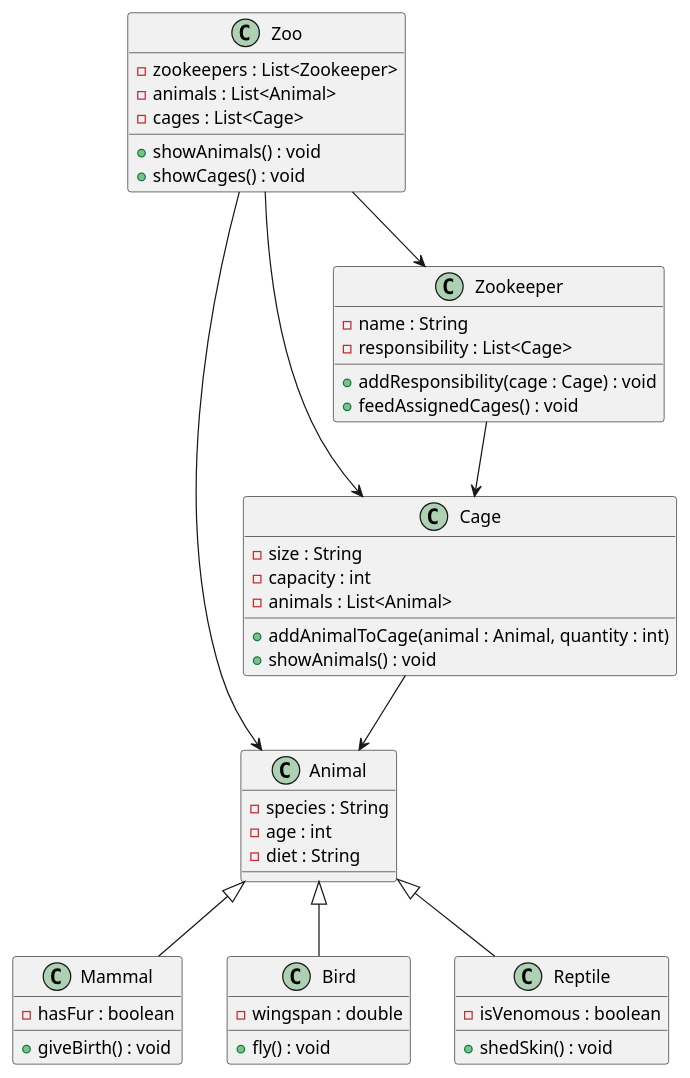
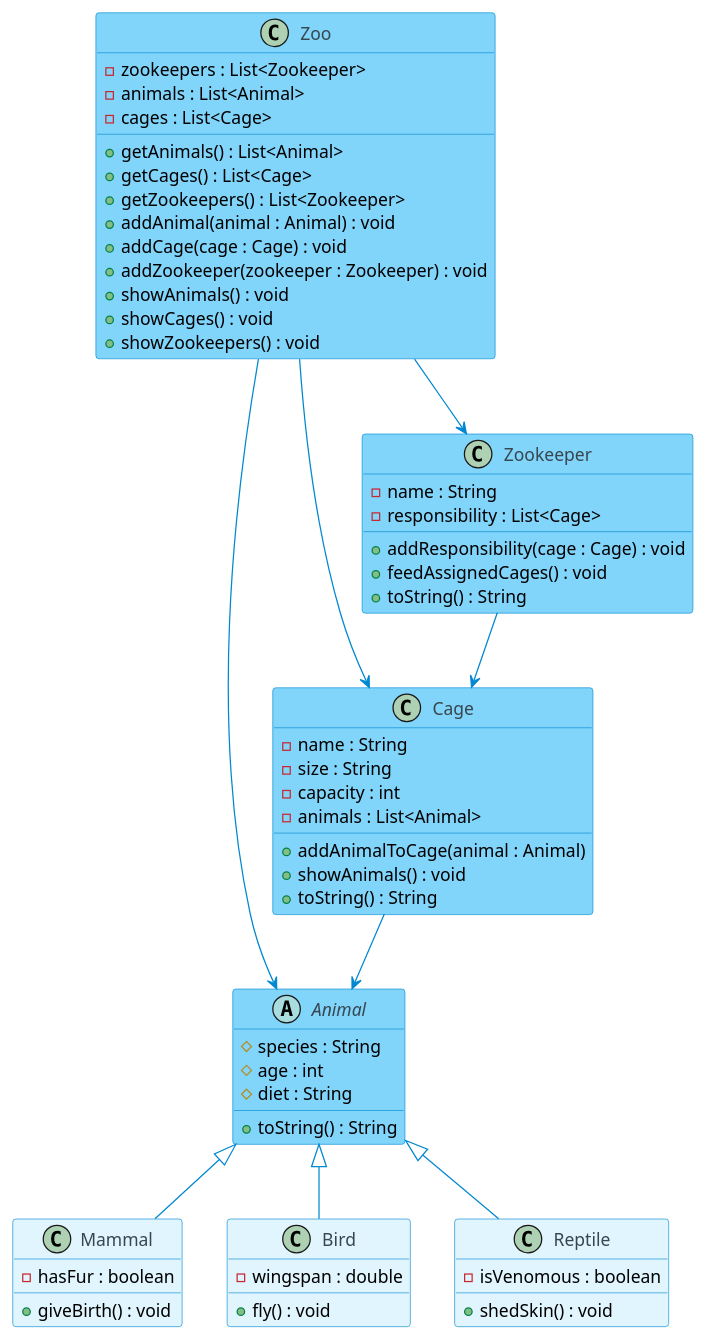
One commit to sarakluge/ZooSystem changed the diagram in class_diagram.puml. Above: the diagram before and after it, drawn with PlantUML.

Commit message:
style class_diagram

```diff
--- a/class_diagram.puml
+++ b/class_diagram.puml
@@ -1,57 +1,74 @@
 @startuml
 
-class Zoo {
+skinparam classBorderColor #0288D1
+skinparam classFontColor #37474F
+skinparam ArrowColor #0288D1
+
+
+class Zoo #81D4FA  {
     -zookeepers : List<Zookeeper>
     -animals : List<Animal>
     -cages : List<Cage>
+    +getAnimals() : List<Animal>
+    +getCages() : List<Cage>
+    +getZookeepers() : List<Zookeeper>
+    +addAnimal(animal : Animal) : void
+    +addCage(cage : Cage) : void
+    +addZookeeper(zookeeper : Zookeeper) : void
     +showAnimals() : void
     +showCages() : void
-}
-class Animal {
-    -species : String
-    -age : int
-    -diet : String
+    +showZookeepers() : void
 }
 
-class Mammal {
+abstract class Animal #81D4FA  {
+    #species : String
+    #age : int
+    #diet : String
+    +toString() : String
+}
+
+class Mammal #E1F5FE  {
     - hasFur : boolean
     + giveBirth() : void
 }
 
-class Bird {
+class Bird #E1F5FE   {
     - wingspan : double
     + fly() : void
 }
 
-class Reptile {
+class Reptile #E1F5FE   {
     - isVenomous : boolean
     + shedSkin() : void
 }
 
 
-class Cage {
+class Cage #81D4FA {
+    -name : String
     -size : String
     -capacity : int
     -animals : List<Animal>
-    +addAnimalToCage(animal : Animal, quantity : int)
+    +addAnimalToCage(animal : Animal)
     +showAnimals() : void
+    +toString() : String
 }
 
-class Zookeeper {
+class Zookeeper #81D4FA {
     -name : String
     -responsibility : List<Cage>
     +addResponsibility(cage : Cage) : void
     +feedAssignedCages() : void
+    +toString() : String
 }
 
 Animal <|-- Mammal
 Animal <|-- Bird
 Animal <|-- Reptile
 
 Zoo --> Zookeeper
 Zoo --> Animal
 Zoo --> Cage
 Cage --> Animal
 Zookeeper --> Cage
 
 @enduml
```
